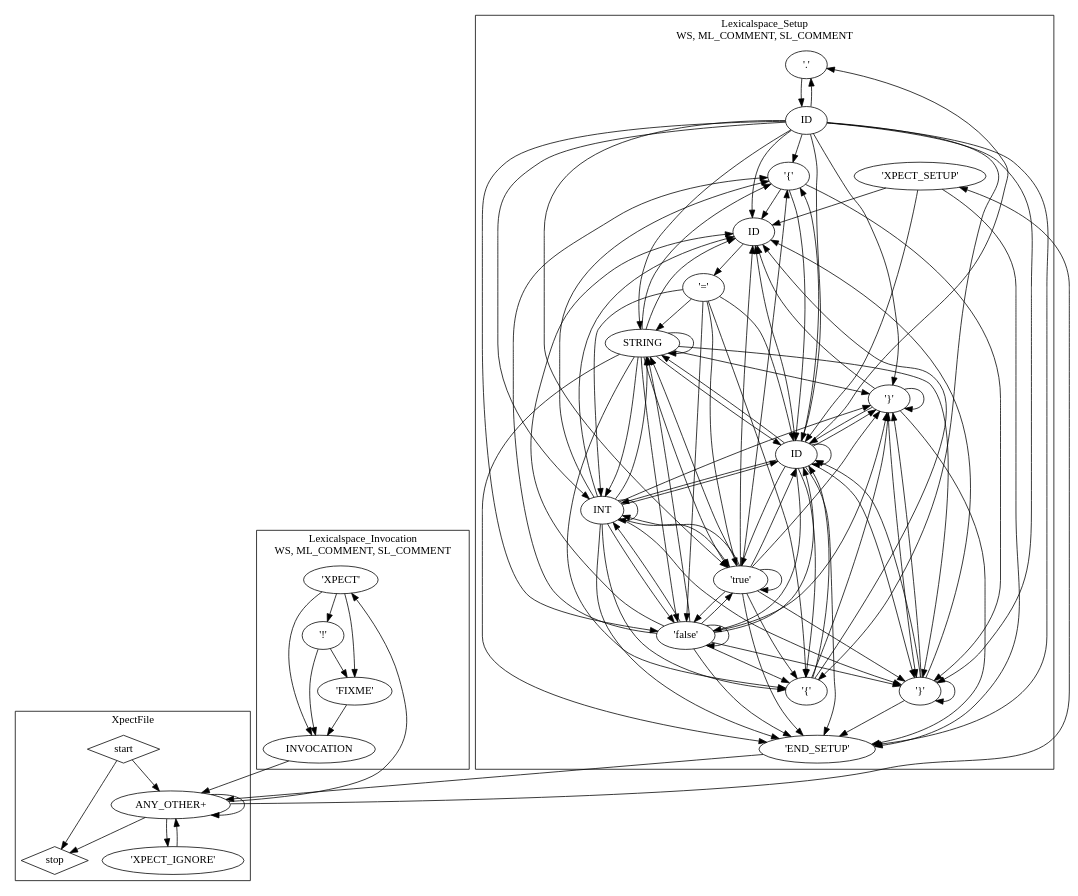
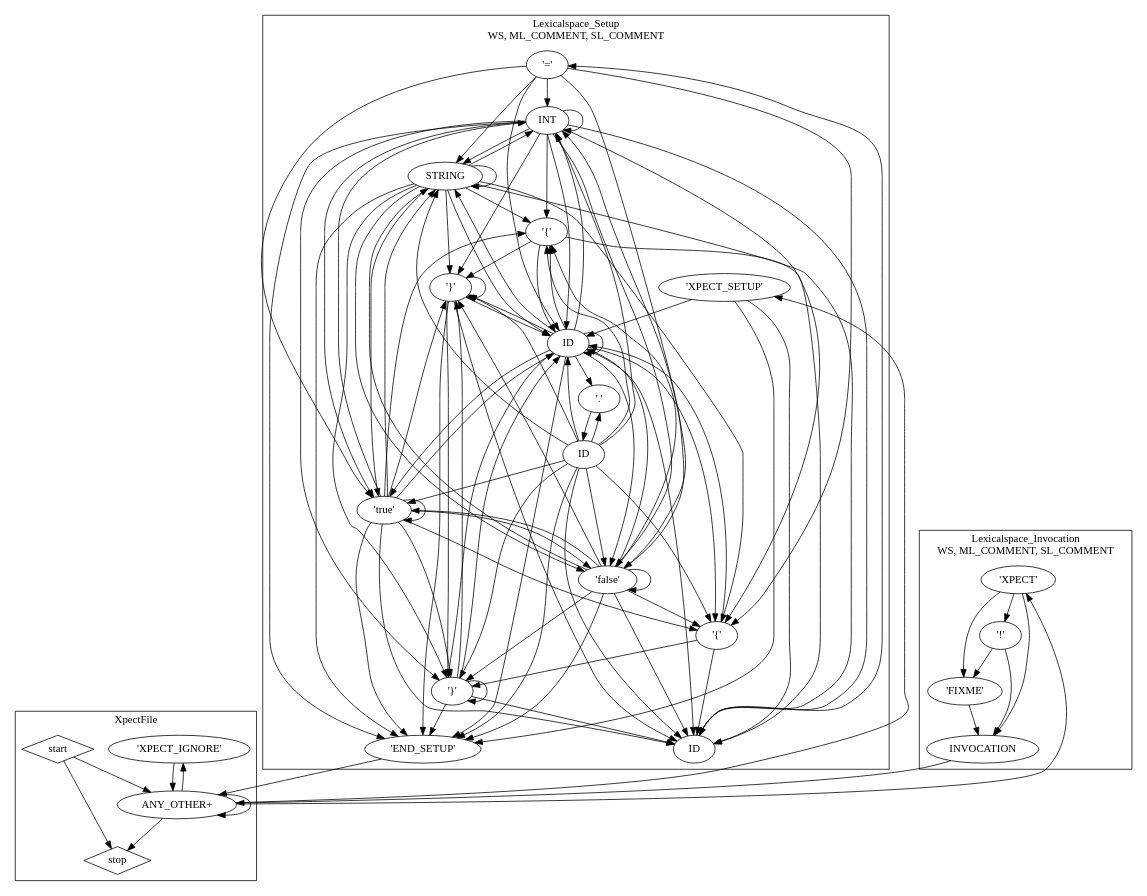
Before and after one commit to tjeske/Xpect: the diagram in org.eclipse.xpect.ui/src-gen/org/eclipse/xpect/lexer/XpectCAGrammarNfa.dot, drawn with Graphviz. The commit also changed 20 other files, not shown here.

```diff
--- a/org.eclipse.xpect.ui/src-gen/org/eclipse/xpect/lexer/XpectCAGrammarNfa.dot
+++ b/org.eclipse.xpect.ui/src-gen/org/eclipse/xpect/lexer/XpectCAGrammarNfa.dot
@@ -1,150 +1,150 @@
 ## This is a Graphviz .dot file (http://www.graphviz.org/)
 ## You can use the command 'dot -Tpdf this.dot > out.pdf' to render it.
 digraph G {
-subgraph cluster_lexicalgroup278166606 {
+subgraph cluster_lexicalgroup885459806 {
 label="XpectFile\n";
-tokennfastate2031003023 [label="ANY_OTHER+"];
-tokennfastate1247570736 [shape=diamond,label=start];
-tokennfastate667197268 [label="'XPECT_IGNORE'"];
-tokennfastate1592225010 [shape=diamond,label=stop];
+tokennfastate185494862 [label="'XPECT_IGNORE'"];
+tokennfastate135832852 [label="ANY_OTHER+"];
+tokennfastate467921234 [shape=diamond,label=stop];
+tokennfastate147663797 [shape=diamond,label=start];
 }
 
-subgraph cluster_lexicalgroup1555928242 {
-label="Lexicalspace_Invocation\nWS, ML_COMMENT, SL_COMMENT";
-tokennfastate1111947524 [label="'!'"];
-tokennfastate2024275149 [label=INVOCATION];
-tokennfastate1214357269 [label="'XPECT'"];
-tokennfastate2137351070 [label="'FIXME'"];
+subgraph cluster_lexicalgroup1637411253 {
+label="Lexicalspace_Setup\nWS, ML_COMMENT, SL_COMMENT";
+tokennfastate1879362884 [label="'='"];
+tokennfastate978798 [label=INT];
+tokennfastate1532850076 [label=ID];
+tokennfastate1299436497 [label=STRING];
+tokennfastate596453359 [label="'false'"];
+tokennfastate1100926586 [label="'.'"];
+tokennfastate439751089 [label=ID];
+tokennfastate1115434134 [label="'}'"];
+tokennfastate152834486 [label=ID];
+tokennfastate737301055 [label="'{'"];
+tokennfastate1230904017 [label="'}'"];
+tokennfastate1454795974 [label="'END_SETUP'"];
+tokennfastate1053225969 [label="'XPECT_SETUP'"];
+tokennfastate890560397 [label="'true'"];
+tokennfastate2050964420 [label="'{'"];
 }
 
-subgraph cluster_lexicalgroup825791803 {
-label="Lexicalspace_Setup\nWS, ML_COMMENT, SL_COMMENT";
-tokennfastate1167627805 [label="'.'"];
-tokennfastate1717737290 [label="'}'"];
-tokennfastate1022473723 [label="'END_SETUP'"];
-tokennfastate97755704 [label=STRING];
-tokennfastate167599568 [label=ID];
-tokennfastate1316719030 [label="'='"];
-tokennfastate80682690 [label="'{'"];
-tokennfastate471110969 [label="'false'"];
-tokennfastate1231119120 [label="'true'"];
-tokennfastate1091437627 [label="'}'"];
-tokennfastate1777328089 [label=ID];
-tokennfastate1732238376 [label=ID];
-tokennfastate1526838264 [label="'XPECT_SETUP'"];
-tokennfastate2078826261 [label=INT];
-tokennfastate384500180 [label="'{'"];
+subgraph cluster_lexicalgroup189194499 {
+label="Lexicalspace_Invocation\nWS, ML_COMMENT, SL_COMMENT";
+tokennfastate1010419513 [label="'!'"];
+tokennfastate1862757459 [label=INVOCATION];
+tokennfastate1262168655 [label="'XPECT'"];
+tokennfastate781103026 [label="'FIXME'"];
 }
 
-tokennfastate2031003023->tokennfastate667197268 [];
-tokennfastate2031003023->tokennfastate1526838264 [];
-tokennfastate2031003023->tokennfastate1214357269 [];
-tokennfastate2031003023->tokennfastate1592225010 [];
-tokennfastate2031003023->tokennfastate2031003023 [];
-tokennfastate1247570736->tokennfastate1592225010 [];
-tokennfastate1247570736->tokennfastate2031003023 [];
-tokennfastate667197268->tokennfastate2031003023 [];
-tokennfastate1111947524->tokennfastate2024275149 [];
-tokennfastate1111947524->tokennfastate2137351070 [];
-tokennfastate2024275149->tokennfastate2031003023 [];
-tokennfastate1214357269->tokennfastate2024275149 [];
-tokennfastate1214357269->tokennfastate1111947524 [];
-tokennfastate1214357269->tokennfastate2137351070 [];
-tokennfastate2137351070->tokennfastate2024275149 [];
-tokennfastate1167627805->tokennfastate1732238376 [];
-tokennfastate1717737290->tokennfastate1091437627 [];
-tokennfastate1717737290->tokennfastate1777328089 [];
-tokennfastate1717737290->tokennfastate167599568 [];
-tokennfastate1717737290->tokennfastate1717737290 [];
-tokennfastate1717737290->tokennfastate1022473723 [];
-tokennfastate1022473723->tokennfastate2031003023 [];
-tokennfastate97755704->tokennfastate80682690 [];
-tokennfastate97755704->tokennfastate1091437627 [];
-tokennfastate97755704->tokennfastate1777328089 [];
-tokennfastate97755704->tokennfastate167599568 [];
-tokennfastate97755704->tokennfastate1717737290 [];
-tokennfastate97755704->tokennfastate1022473723 [];
-tokennfastate97755704->tokennfastate384500180 [];
-tokennfastate97755704->tokennfastate1231119120 [];
-tokennfastate97755704->tokennfastate471110969 [];
-tokennfastate97755704->tokennfastate2078826261 [];
-tokennfastate97755704->tokennfastate97755704 [];
-tokennfastate167599568->tokennfastate1316719030 [];
-tokennfastate1316719030->tokennfastate1777328089 [];
-tokennfastate1316719030->tokennfastate80682690 [];
-tokennfastate1316719030->tokennfastate1231119120 [];
-tokennfastate1316719030->tokennfastate471110969 [];
-tokennfastate1316719030->tokennfastate2078826261 [];
-tokennfastate1316719030->tokennfastate97755704 [];
-tokennfastate80682690->tokennfastate1717737290 [];
-tokennfastate80682690->tokennfastate167599568 [];
-tokennfastate80682690->tokennfastate1777328089 [];
-tokennfastate471110969->tokennfastate80682690 [];
-tokennfastate471110969->tokennfastate1091437627 [];
-tokennfastate471110969->tokennfastate1777328089 [];
-tokennfastate471110969->tokennfastate167599568 [];
-tokennfastate471110969->tokennfastate1717737290 [];
-tokennfastate471110969->tokennfastate1022473723 [];
-tokennfastate471110969->tokennfastate384500180 [];
-tokennfastate471110969->tokennfastate1231119120 [];
-tokennfastate471110969->tokennfastate471110969 [];
-tokennfastate471110969->tokennfastate2078826261 [];
-tokennfastate471110969->tokennfastate97755704 [];
-tokennfastate1231119120->tokennfastate80682690 [];
-tokennfastate1231119120->tokennfastate1091437627 [];
-tokennfastate1231119120->tokennfastate1777328089 [];
-tokennfastate1231119120->tokennfastate167599568 [];
-tokennfastate1231119120->tokennfastate1717737290 [];
-tokennfastate1231119120->tokennfastate1022473723 [];
-tokennfastate1231119120->tokennfastate384500180 [];
-tokennfastate1231119120->tokennfastate1231119120 [];
-tokennfastate1231119120->tokennfastate471110969 [];
-tokennfastate1231119120->tokennfastate2078826261 [];
-tokennfastate1231119120->tokennfastate97755704 [];
-tokennfastate1091437627->tokennfastate1022473723 [];
-tokennfastate1091437627->tokennfastate1777328089 [];
-tokennfastate1091437627->tokennfastate167599568 [];
-tokennfastate1091437627->tokennfastate1091437627 [];
-tokennfastate1091437627->tokennfastate1717737290 [];
-tokennfastate1777328089->tokennfastate1022473723 [];
-tokennfastate1777328089->tokennfastate1777328089 [];
-tokennfastate1777328089->tokennfastate167599568 [];
-tokennfastate1777328089->tokennfastate1167627805 [];
-tokennfastate1777328089->tokennfastate1091437627 [];
-tokennfastate1777328089->tokennfastate1717737290 [];
-tokennfastate1777328089->tokennfastate1231119120 [];
-tokennfastate1777328089->tokennfastate471110969 [];
-tokennfastate1777328089->tokennfastate2078826261 [];
-tokennfastate1777328089->tokennfastate97755704 [];
-tokennfastate1777328089->tokennfastate80682690 [];
-tokennfastate1777328089->tokennfastate384500180 [];
-tokennfastate1732238376->tokennfastate384500180 [];
-tokennfastate1732238376->tokennfastate1231119120 [];
-tokennfastate1732238376->tokennfastate471110969 [];
-tokennfastate1732238376->tokennfastate2078826261 [];
-tokennfastate1732238376->tokennfastate97755704 [];
-tokennfastate1732238376->tokennfastate1091437627 [];
-tokennfastate1732238376->tokennfastate1777328089 [];
-tokennfastate1732238376->tokennfastate167599568 [];
-tokennfastate1732238376->tokennfastate1717737290 [];
-tokennfastate1732238376->tokennfastate1022473723 [];
-tokennfastate1732238376->tokennfastate80682690 [];
-tokennfastate1732238376->tokennfastate1167627805 [];
-tokennfastate1526838264->tokennfastate1022473723 [];
-tokennfastate1526838264->tokennfastate1777328089 [];
-tokennfastate1526838264->tokennfastate167599568 [];
-tokennfastate2078826261->tokennfastate80682690 [];
-tokennfastate2078826261->tokennfastate1091437627 [];
-tokennfastate2078826261->tokennfastate1777328089 [];
-tokennfastate2078826261->tokennfastate167599568 [];
-tokennfastate2078826261->tokennfastate1717737290 [];
-tokennfastate2078826261->tokennfastate1022473723 [];
-tokennfastate2078826261->tokennfastate384500180 [];
-tokennfastate2078826261->tokennfastate1231119120 [];
-tokennfastate2078826261->tokennfastate471110969 [];
-tokennfastate2078826261->tokennfastate2078826261 [];
-tokennfastate2078826261->tokennfastate97755704 [];
-tokennfastate384500180->tokennfastate1091437627 [];
-tokennfastate384500180->tokennfastate1777328089 [];
-tokennfastate384500180->tokennfastate167599568 [];
+tokennfastate185494862->tokennfastate135832852 [];
+tokennfastate135832852->tokennfastate185494862 [];
+tokennfastate135832852->tokennfastate1053225969 [];
+tokennfastate135832852->tokennfastate1262168655 [];
+tokennfastate135832852->tokennfastate467921234 [];
+tokennfastate135832852->tokennfastate135832852 [];
+tokennfastate147663797->tokennfastate467921234 [];
+tokennfastate147663797->tokennfastate135832852 [];
+tokennfastate1879362884->tokennfastate152834486 [];
+tokennfastate1879362884->tokennfastate737301055 [];
+tokennfastate1879362884->tokennfastate890560397 [];
+tokennfastate1879362884->tokennfastate596453359 [];
+tokennfastate1879362884->tokennfastate978798 [];
+tokennfastate1879362884->tokennfastate1299436497 [];
+tokennfastate978798->tokennfastate737301055 [];
+tokennfastate978798->tokennfastate1115434134 [];
+tokennfastate978798->tokennfastate152834486 [];
+tokennfastate978798->tokennfastate1532850076 [];
+tokennfastate978798->tokennfastate1230904017 [];
+tokennfastate978798->tokennfastate1454795974 [];
+tokennfastate978798->tokennfastate2050964420 [];
+tokennfastate978798->tokennfastate890560397 [];
+tokennfastate978798->tokennfastate596453359 [];
+tokennfastate978798->tokennfastate978798 [];
+tokennfastate978798->tokennfastate1299436497 [];
+tokennfastate1532850076->tokennfastate1879362884 [];
+tokennfastate1299436497->tokennfastate737301055 [];
+tokennfastate1299436497->tokennfastate1115434134 [];
+tokennfastate1299436497->tokennfastate152834486 [];
+tokennfastate1299436497->tokennfastate1532850076 [];
+tokennfastate1299436497->tokennfastate1230904017 [];
+tokennfastate1299436497->tokennfastate1454795974 [];
+tokennfastate1299436497->tokennfastate2050964420 [];
+tokennfastate1299436497->tokennfastate890560397 [];
+tokennfastate1299436497->tokennfastate596453359 [];
+tokennfastate1299436497->tokennfastate978798 [];
+tokennfastate1299436497->tokennfastate1299436497 [];
+tokennfastate596453359->tokennfastate737301055 [];
+tokennfastate596453359->tokennfastate1115434134 [];
+tokennfastate596453359->tokennfastate152834486 [];
+tokennfastate596453359->tokennfastate1532850076 [];
+tokennfastate596453359->tokennfastate1230904017 [];
+tokennfastate596453359->tokennfastate1454795974 [];
+tokennfastate596453359->tokennfastate2050964420 [];
+tokennfastate596453359->tokennfastate890560397 [];
+tokennfastate596453359->tokennfastate596453359 [];
+tokennfastate596453359->tokennfastate978798 [];
+tokennfastate596453359->tokennfastate1299436497 [];
+tokennfastate1100926586->tokennfastate439751089 [];
+tokennfastate439751089->tokennfastate2050964420 [];
+tokennfastate439751089->tokennfastate890560397 [];
+tokennfastate439751089->tokennfastate596453359 [];
+tokennfastate439751089->tokennfastate978798 [];
+tokennfastate439751089->tokennfastate1299436497 [];
+tokennfastate439751089->tokennfastate1115434134 [];
+tokennfastate439751089->tokennfastate152834486 [];
+tokennfastate439751089->tokennfastate1532850076 [];
+tokennfastate439751089->tokennfastate1230904017 [];
+tokennfastate439751089->tokennfastate1454795974 [];
+tokennfastate439751089->tokennfastate737301055 [];
+tokennfastate439751089->tokennfastate1100926586 [];
+tokennfastate1115434134->tokennfastate1454795974 [];
+tokennfastate1115434134->tokennfastate152834486 [];
+tokennfastate1115434134->tokennfastate1532850076 [];
+tokennfastate1115434134->tokennfastate1115434134 [];
+tokennfastate1115434134->tokennfastate1230904017 [];
+tokennfastate152834486->tokennfastate1454795974 [];
+tokennfastate152834486->tokennfastate152834486 [];
+tokennfastate152834486->tokennfastate1532850076 [];
+tokennfastate152834486->tokennfastate1100926586 [];
+tokennfastate152834486->tokennfastate1115434134 [];
+tokennfastate152834486->tokennfastate1230904017 [];
+tokennfastate152834486->tokennfastate890560397 [];
+tokennfastate152834486->tokennfastate596453359 [];
+tokennfastate152834486->tokennfastate978798 [];
+tokennfastate152834486->tokennfastate1299436497 [];
+tokennfastate152834486->tokennfastate737301055 [];
+tokennfastate152834486->tokennfastate2050964420 [];
+tokennfastate737301055->tokennfastate1230904017 [];
+tokennfastate737301055->tokennfastate1532850076 [];
+tokennfastate737301055->tokennfastate152834486 [];
+tokennfastate1230904017->tokennfastate1115434134 [];
+tokennfastate1230904017->tokennfastate152834486 [];
+tokennfastate1230904017->tokennfastate1532850076 [];
+tokennfastate1230904017->tokennfastate1230904017 [];
+tokennfastate1230904017->tokennfastate1454795974 [];
+tokennfastate1454795974->tokennfastate135832852 [];
+tokennfastate1053225969->tokennfastate1454795974 [];
+tokennfastate1053225969->tokennfastate152834486 [];
+tokennfastate1053225969->tokennfastate1532850076 [];
+tokennfastate890560397->tokennfastate737301055 [];
+tokennfastate890560397->tokennfastate1115434134 [];
+tokennfastate890560397->tokennfastate152834486 [];
+tokennfastate890560397->tokennfastate1532850076 [];
+tokennfastate890560397->tokennfastate1230904017 [];
+tokennfastate890560397->tokennfastate1454795974 [];
+tokennfastate890560397->tokennfastate2050964420 [];
+tokennfastate890560397->tokennfastate890560397 [];
+tokennfastate890560397->tokennfastate596453359 [];
+tokennfastate890560397->tokennfastate978798 [];
+tokennfastate890560397->tokennfastate1299436497 [];
+tokennfastate2050964420->tokennfastate1115434134 [];
+tokennfastate2050964420->tokennfastate152834486 [];
+tokennfastate2050964420->tokennfastate1532850076 [];
+tokennfastate1010419513->tokennfastate1862757459 [];
+tokennfastate1010419513->tokennfastate781103026 [];
+tokennfastate1862757459->tokennfastate135832852 [];
+tokennfastate1262168655->tokennfastate1862757459 [];
+tokennfastate1262168655->tokennfastate1010419513 [];
+tokennfastate1262168655->tokennfastate781103026 [];
+tokennfastate781103026->tokennfastate1862757459 [];
 }
```
